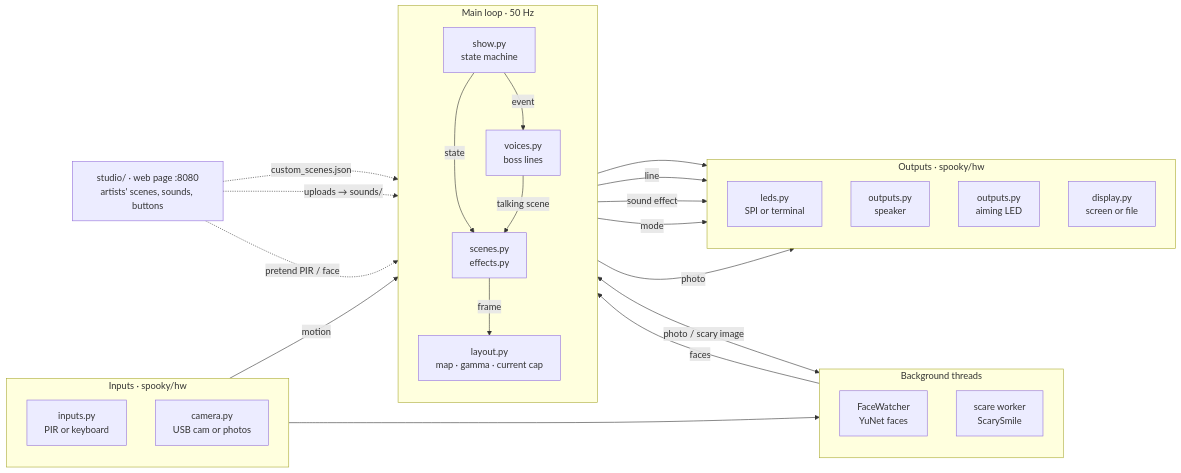
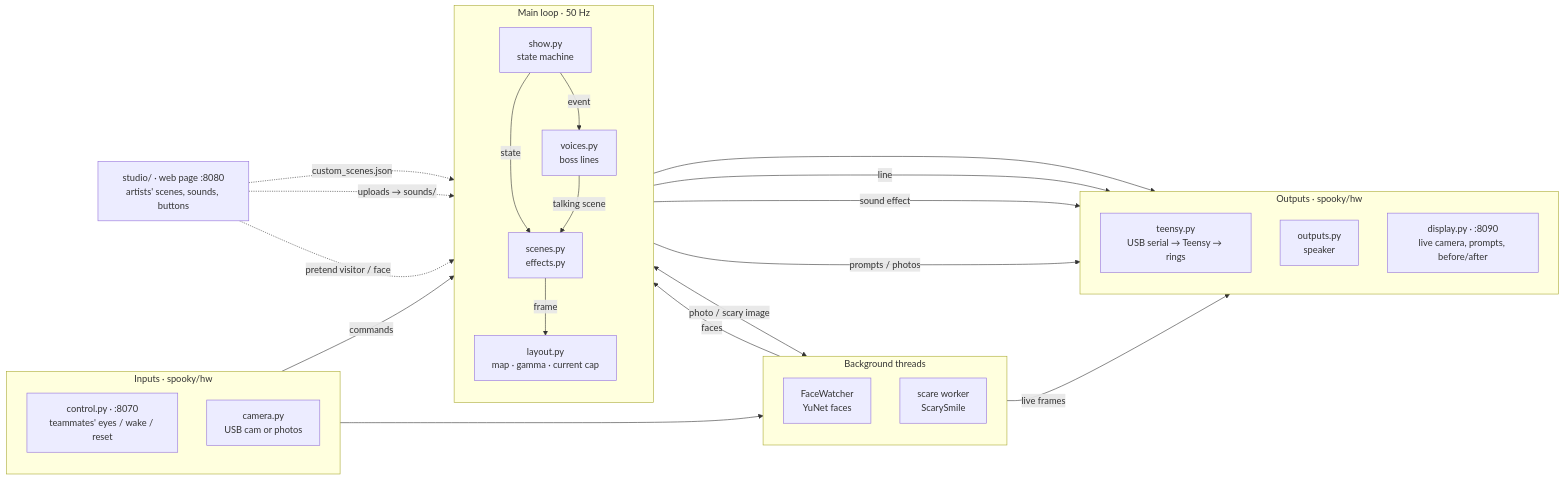
One commit to mxmrsn/spooky-pi changed the diagram in docs/diagrams/software.mmd. Above: the diagram before and after it, drawn with Mermaid. The commit also changed 26 other files, not shown here.

First line of the commit message:
Docs audit: match the rings-only, camera-triggered build

```diff
--- a/docs/diagrams/software.mmd
+++ b/docs/diagrams/software.mmd
@@ -1,41 +1,40 @@
 flowchart LR
     STUDIO["studio/ · web page :8080<br/>artists' scenes, sounds, buttons"]
     subgraph IN["Inputs · spooky/hw"]
         direction TB
-        PIR["inputs.py<br/>PIR or keyboard"]
+        CTL["control.py · :8070<br/>teammates' eyes / wake / reset"]
         CAM["camera.py<br/>USB cam or photos"]
     end
     subgraph BG["Background threads"]
         direction TB
         FW["FaceWatcher<br/>YuNet faces"]
         EX["scare worker<br/>ScarySmile"]
     end
     subgraph CORE["Main loop · 50 Hz"]
         direction TB
         SHOW["show.py<br/>state machine"]
         VO["voices.py<br/>boss lines"]
         SCN["scenes.py<br/>effects.py"]
         LAY["layout.py<br/>map · gamma · current cap"]
     end
     subgraph OUT["Outputs · spooky/hw"]
         direction TB
-        LEDS["leds.py<br/>SPI or terminal"]
+        LEDS["teensy.py<br/>USB serial → Teensy → rings"]
         SND["outputs.py<br/>speaker"]
-        AIM["outputs.py<br/>aiming LED"]
-        DSP["display.py<br/>screen or file"]
+        DSP["display.py · :8090<br/>live camera, prompts, before/after"]
     end
 
-    PIR -- motion --> SHOW
+    CTL -- commands --> SHOW
     CAM --> FW -- faces --> SHOW
     SHOW <-- "photo / scary image" --> EX
     SHOW -- event --> VO
     SHOW -- state --> SCN
     VO -- "talking scene" --> SCN
     SCN -- frame --> LAY --> LEDS
     VO -- line --> SND
     SHOW -- "sound effect" --> SND
-    SHOW -- mode --> AIM
-    SHOW -- photo --> DSP
+    SHOW -- "prompts / photos" --> DSP
+    FW -- "live frames" --> DSP
     STUDIO -. "custom_scenes.json" .-> SCN
     STUDIO -. "uploads → sounds/" .-> VO
-    STUDIO -. "pretend PIR / face" .-> SHOW
+    STUDIO -. "pretend visitor / face" .-> SHOW
```
